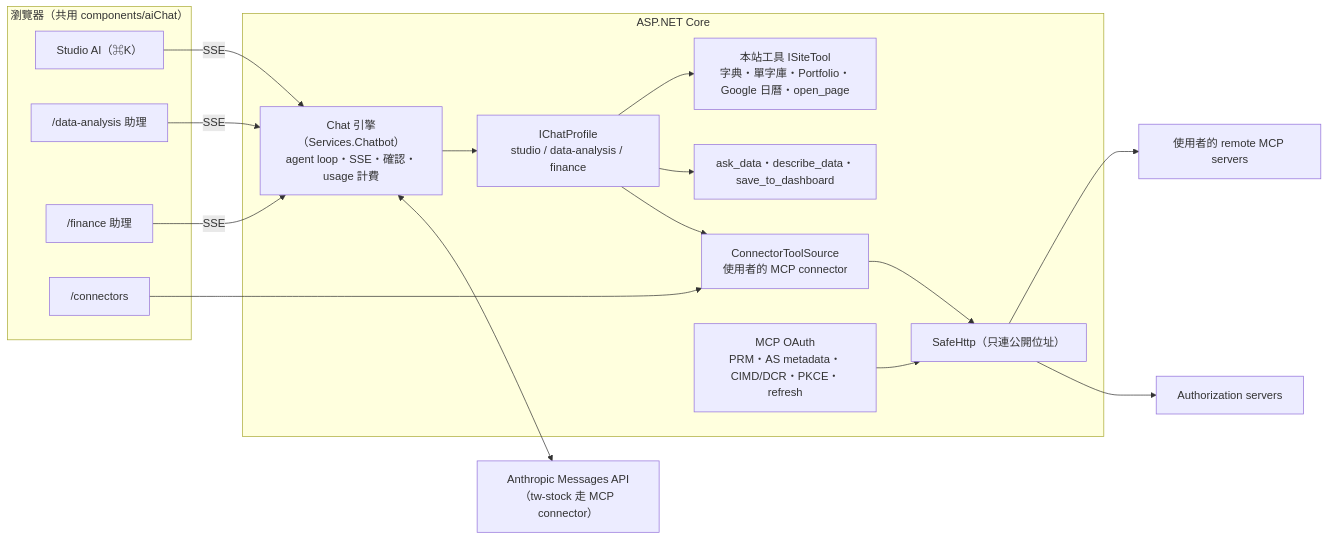
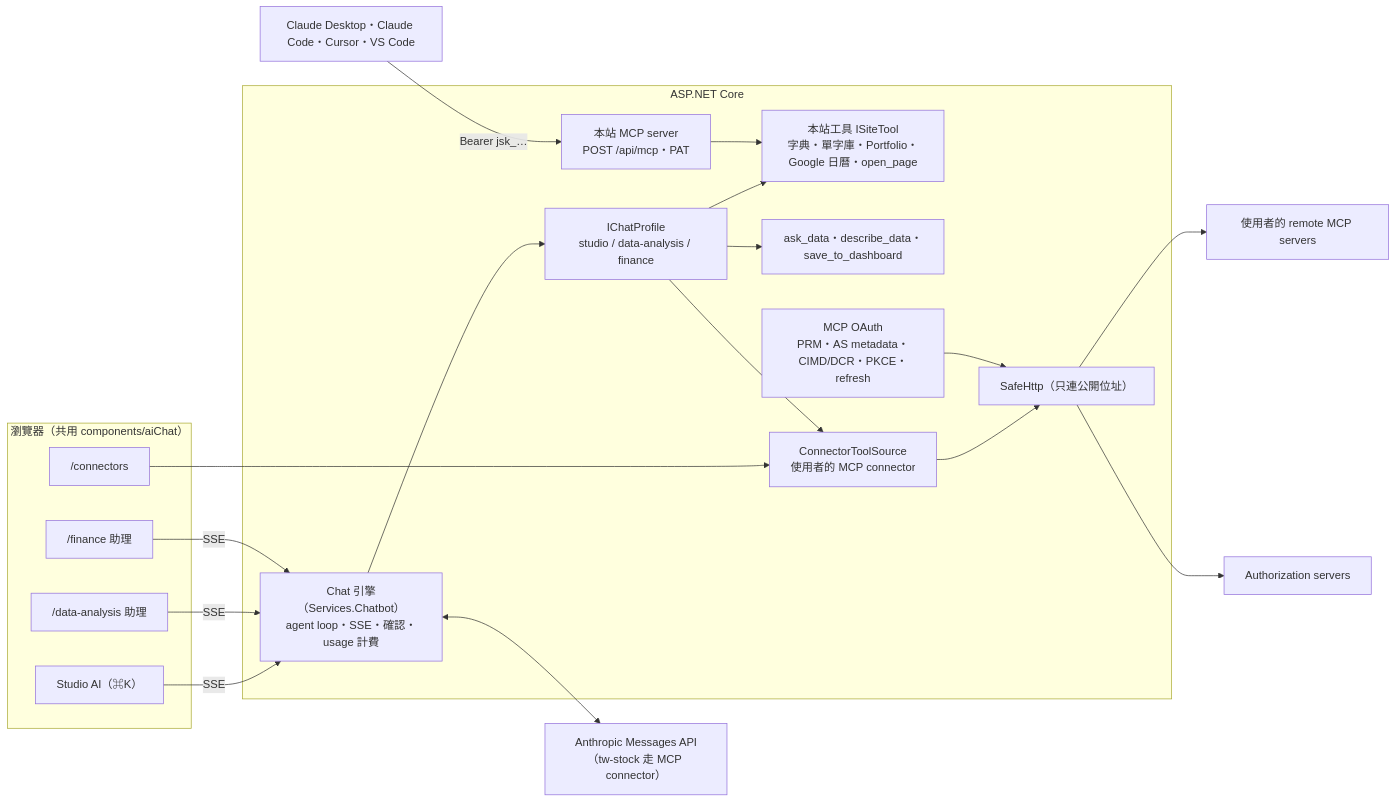
Before and after one commit to twjackysu/JackyAIApp: the diagram in docs/ai-native/SHOWCASE.md, drawn with Mermaid. The commit also changed other lines of this file and 8 other files, not shown here.

First line of the commit message:
docs(ai-native): 本站 MCP server 寫進 design/03 §9、design/06 §9、兩份 CLAUDE.md、CONTRIBUTING、SHOWCASE（demo 第 7 步、架構圖、合併清單的 migration 與 Cloudflare）、FOR_JACKY 9

````diff
--- a/docs/ai-native/SHOWCASE.md
+++ b/docs/ai-native/SHOWCASE.md
@@ -44,29 +48,32 @@
 ```mermaid
 flowchart LR
   subgraph Browser["瀏覽器（共用 components/aiChat）"]
     Studio["Studio AI（⌘K）"]
     DA["/data-analysis 助理"]
     Fin["/finance 助理"]
     Conn["/connectors"]
   end
   subgraph Server["ASP.NET Core"]
     Chat["Chat 引擎（Services.Chatbot）<br/>agent loop・SSE・確認・usage 計費"]
     Profiles["IChatProfile<br/>studio / data-analysis / finance"]
     Site["本站工具 ISiteTool<br/>字典・單字庫・Portfolio・Google 日曆・open_page"]
     DATools["ask_data・describe_data・save_to_dashboard"]
     CTS["ConnectorToolSource<br/>使用者的 MCP connector"]
     OAuth["MCP OAuth<br/>PRM・AS metadata・CIMD/DCR・PKCE・refresh"]
     Safe["SafeHttp（只連公開位址）"]
+    SiteMcp["本站 MCP server<br/>POST /api/mcp・PAT"]
   end
+  Others["Claude Desktop・Claude Code・Cursor・VS Code"]
   Anthropic["Anthropic Messages API<br/>（tw-stock 走 MCP connector）"]
   MCP["使用者的 remote MCP servers"]
   AS["Authorization servers"]
 
   Studio & DA & Fin -->|SSE| Chat
   Conn --> CTS
   Chat --> Profiles
   Profiles --> Site & DATools & CTS
   Chat <--> Anthropic
   CTS --> Safe --> MCP
   OAuth --> Safe --> AS
+  Others -->|Bearer jsk_…| SiteMcp --> Site
 ```
````
